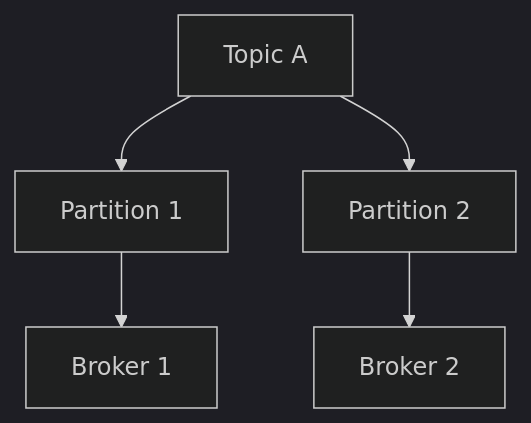
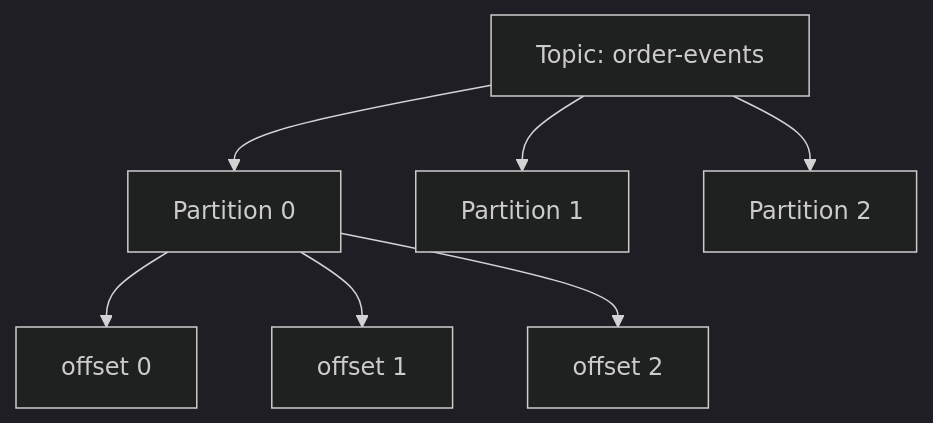
Before and after one commit to mthaiseer/springcloud-systemdesign-notes: the seventh of 47 diagrams in HLD_NOTES/004_INTERVIEW_PROBLEMS/016_distributed_message_queue_notes.md, drawn with Mermaid (dark theme). The commit also changed other lines of this file, not shown here.

````diff
--- a/HLD_NOTES/004_INTERVIEW_PROBLEMS/016_distributed_message_queue_notes.md
+++ b/HLD_NOTES/004_INTERVIEW_PROBLEMS/016_distributed_message_queue_notes.md
@@ -18,9 +213,10 @@
 ```mermaid
 flowchart TB
-    T[Topic A]
+    T[Topic: order-events] --> P0[Partition 0]
     T --> P1[Partition 1]
     T --> P2[Partition 2]
 
-    P1 --> B1[Broker 1]
-    P2 --> B2[Broker 2]
+    P0 --> O00[offset 0]
+    P0 --> O01[offset 1]
+    P0 --> O02[offset 2]
 ```
````
